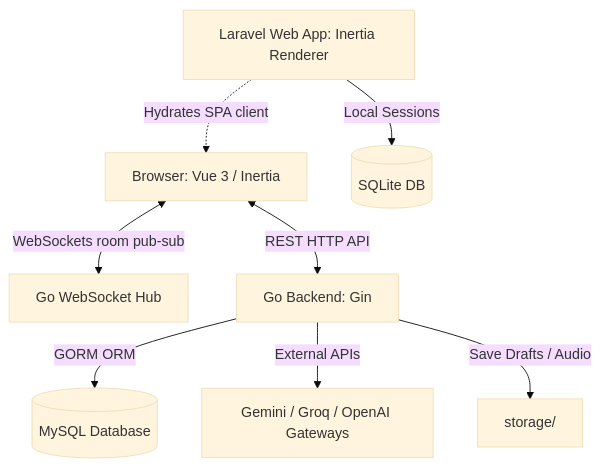
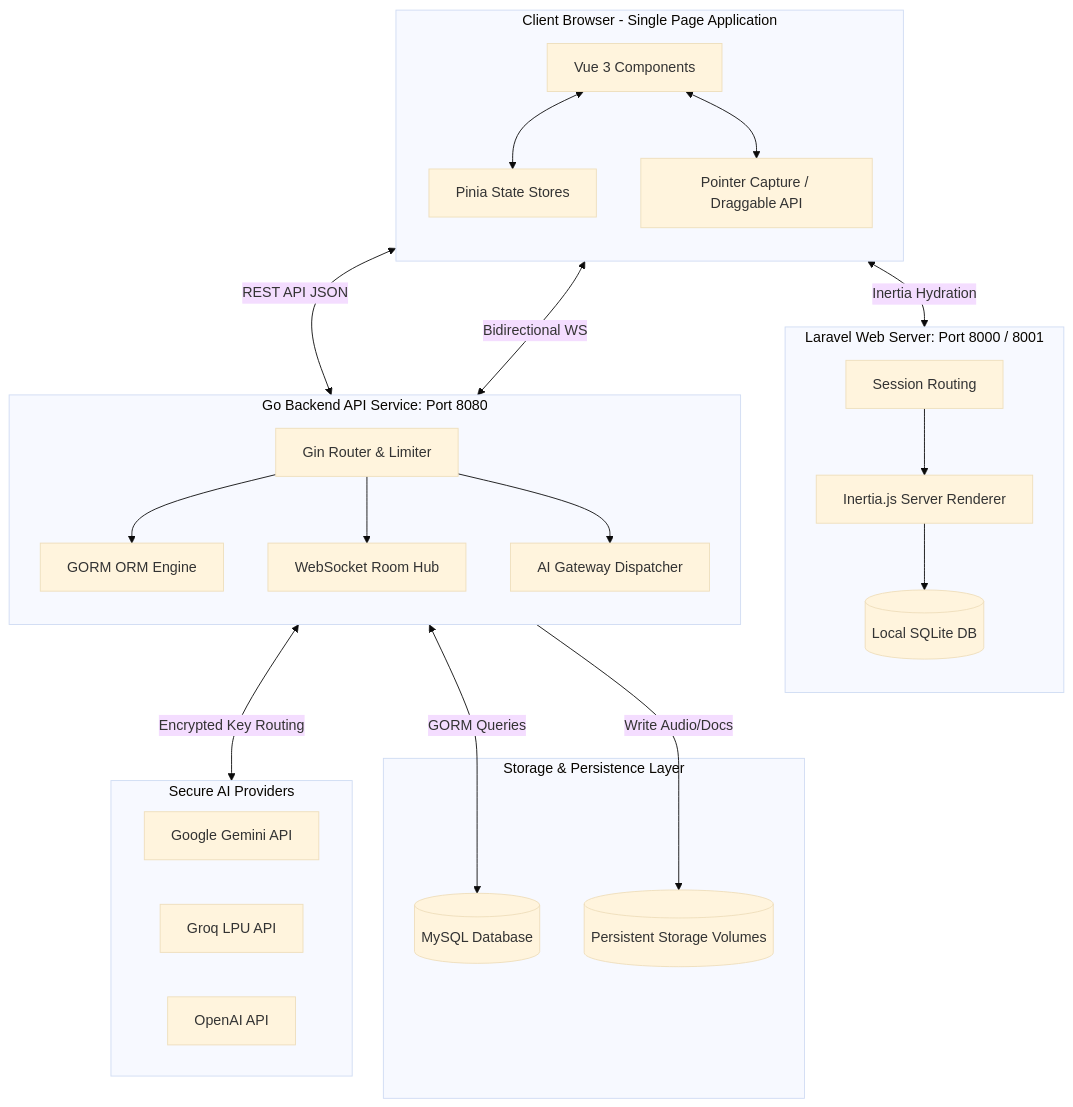
One commit to cruzhgggggg-coder/TIERLOG_FRONT_BACK_AI changed the diagram in README.md. Above: the diagram before and after it, drawn with Mermaid (base theme). The commit also changed other lines of this file, not shown here.

````diff
--- a/README.md
+++ b/README.md
@@ -38,10 +27,49 @@
 ```mermaid
-graph TD
-    Client[Browser: Vue 3 / Inertia] <-->|WebSockets room pub-sub| WS[Go WebSocket Hub]
-    Client <-->|REST HTTP API| GoServer[Go Backend: Gin]
-    GoServer -->|GORM ORM| MySQL[(MySQL Database)]
-    GoServer -->|External APIs| AI[Gemini / Groq / OpenAI Gateways]
-    GoServer -->|Save Drafts / Audio| Disk[storage/]
-    LaravelWeb[Laravel Web App: Inertia Renderer] -.->|Hydrates SPA client| Client
-    LaravelWeb -->|Local Sessions| SQLite[(SQLite DB)]
+flowchart TB
+    subgraph Client [Client Browser - Single Page Application]
+        direction TB
+        UI[Vue 3 Components] <--> Pinia[Pinia State Stores]
+        UI <--> Pointer[Pointer Capture / Draggable API]
+    end
+
+    subgraph WebServer [Laravel Web Server: Port 8000 / 8001]
+        direction TB
+        AuthProxy[Session Routing]
+        Inertia[Inertia.js Server Renderer]
+        SQLite[(Local SQLite DB)]
+        
+        AuthProxy --> Inertia
+        Inertia --> SQLite
+    end
+
+    subgraph APIServer [Go Backend API Service: Port 8080]
+        direction TB
+        Gin[Gin Router & Limiter]
+        GORM[GORM ORM Engine]
+        WS[WebSocket Room Hub]
+        AICtrl[AI Gateway Dispatcher]
+        
+        Gin --> GORM
+        Gin --> WS
+        Gin --> AICtrl
+    end
+
+    subgraph Database [Storage & Persistence Layer]
+        MySQL[(MySQL Database)]
+        Disk[(Persistent Storage Volumes)]
+    end
+
+    subgraph ExternalGateways [Secure AI Providers]
+        Gemini[Google Gemini API]
+        Groq[Groq LPU API]
+        OpenAI[OpenAI API]
+    end
+
+    %% Communications
+    UI <-->|Inertia Hydration| Inertia
+    UI <-->|REST API JSON| Gin
+    UI <-->|Bidirectional WS| WS
+    GORM <-->|GORM Queries| MySQL
+    AICtrl <-->|Encrypted Key Routing| ExternalGateways
+    Gin -->|Write Audio/Docs| Disk
 ```
````
